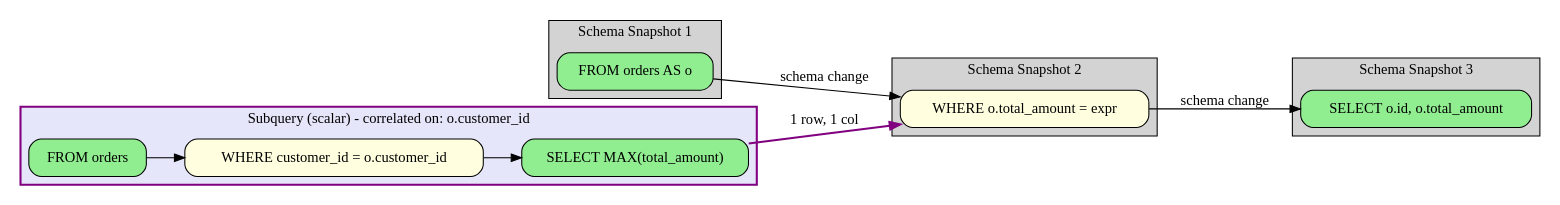
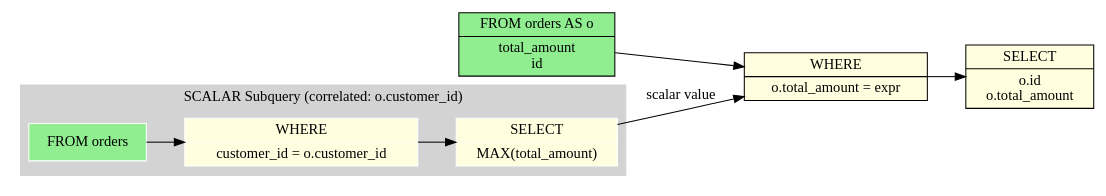
One commit to rot1024/sqloflow changed the diagram in examples/subquery_scalar_schema.dot. Above: the diagram before and after it, drawn with Graphviz. The commit also changed 51 other files, not shown here.

Commit message:
feat: impl schema view renderer

```diff
--- a/examples/subquery_scalar_schema.dot
+++ b/examples/subquery_scalar_schema.dot
@@ -1,46 +1,34 @@
-digraph sqloflow {
+digraph schema_flow {
   rankdir=LR;
-  node [shape=box, style=rounded];
+  node [shape=record];
 
-  // Schema view with snapshots
-  subgraph cluster_0 {
-    label="Schema Snapshot 1";
+  // Source tables
+  node_0 [label="FROM orders AS o|total_amount\nid", style=filled, fillcolor=lightgreen];
+
+  // Operations
+  node_1 [label="WHERE|o.total_amount = expr", style=filled, fillcolor=lightyellow];
+  node_3 [label="SELECT|o.id\no.total_amount", style=filled, fillcolor=lightyellow];
+
+  // Data flow edges
+
+  // JOIN operations with table info
+  node_0 -> node_1;
+  node_1 -> node_3;
+
+  subgraph cluster_node_2 {
+    label="SCALAR Subquery (correlated: o.customer_id)";
     style=filled;
-    fillcolor=lightgray;
-    // Relations: o
-    node_0 [label="FROM orders AS o", fillcolor=lightgreen, style="filled,rounded"];
+    color=lightgrey;
+    node [style=filled,color=white];
+    // Source tables
+    subq_0_node_0 [label="FROM orders", style=filled, fillcolor=lightgreen];
+    // Operations
+    subq_0_node_1 [label="WHERE|customer_id = o.customer_id", style=filled, fillcolor=lightyellow];
+    subq_0_node_2 [label="SELECT|MAX(total_amount)", style=filled, fillcolor=lightyellow];
+    // Data flow edges
+    // JOIN operations with table info
+    subq_0_node_0 -> subq_0_node_1;
+    subq_0_node_1 -> subq_0_node_2;
   }
-  subgraph cluster_1 {
-    label="Schema Snapshot 2";
-    style=filled;
-    fillcolor=lightgray;
-    // Relations: o, orders
-    node_1 [label="WHERE o.total_amount = expr", fillcolor=lightyellow, style="filled,rounded"];
-  }
-  subgraph cluster_2 {
-    label="Schema Snapshot 3";
-    style=filled;
-    fillcolor=lightgray;
-    // Relations: _result
-    node_3 [label="SELECT o.id, o.total_amount", fillcolor=lightgreen, style="filled,rounded"];
-  }
-
-  // Subquery 1
-  subgraph cluster_node_2 {
-    label="Subquery (scalar) - correlated on: o.customer_id";
-    style=filled;
-    fillcolor=lavender;
-    color=purple;
-    penwidth=2;
-    subq_0_node_0 [label="FROM orders", fillcolor=lightgreen, style="filled,rounded"];
-    subq_0_node_1 [label="WHERE customer_id = o.customer_id", fillcolor=lightyellow, style="filled,rounded"];
-    subq_0_node_2 [label="SELECT MAX(total_amount)", fillcolor=lightgreen, style="filled,rounded"];
-    subq_0_node_0 -> subq_0_node_1 [color=black];
-    subq_0_node_1 -> subq_0_node_2 [color=black];
-  }
-  subq_0_node_2 -> node_1 [color=purple, style=bold, label="1 row, 1 col"];
-
-  // Schema transformation edges
-  node_0 -> node_1 [color=black, label="schema change"];
-  node_1 -> node_3 [color=black, label="schema change"];
+  subq_0_node_2 -> node_1 [label="scalar value"];
 }
```
